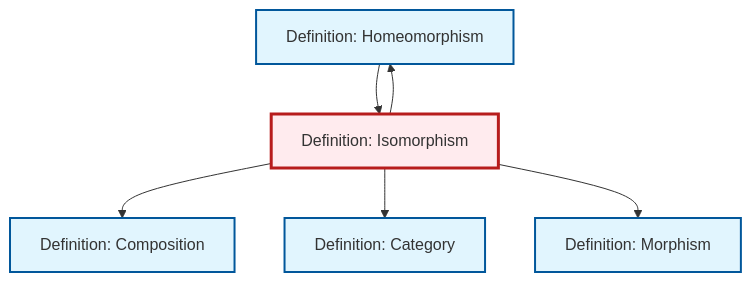
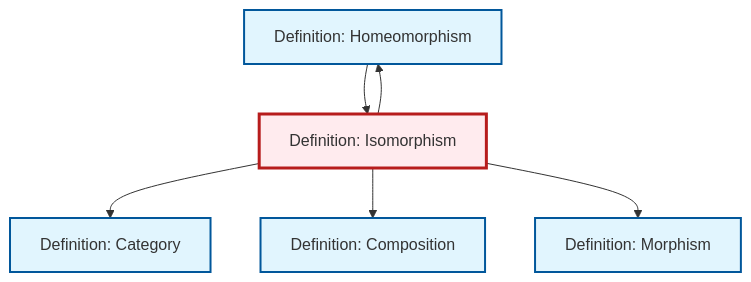
Before and after one commit to RK0429/ModernMath: the diagram in content/ja/category-theory/def-isomorphism.qmd, drawn with Mermaid. The commit also changed other lines of this file and 18 other files, not shown here.

````diff
--- a/content/ja/category-theory/def-isomorphism.qmd
+++ b/content/ja/category-theory/def-isomorphism.qmd
@@ -85,24 +85,24 @@
 ```{mermaid}
 %%| fig-cap: "Local dependency graph"
 graph TD
     classDef definition fill:#e1f5fe,stroke:#01579b,stroke-width:2px
     classDef theorem fill:#f3e5f5,stroke:#4a148c,stroke-width:2px
     classDef axiom fill:#fff3e0,stroke:#e65100,stroke-width:2px
     classDef example fill:#e8f5e9,stroke:#1b5e20,stroke-width:2px
     classDef current fill:#ffebee,stroke:#b71c1c,stroke-width:3px
+    def-homeomorphism["Definition: Homeomorphism"]:::definition
     def-category["Definition: Category"]:::definition
-    def-homeomorphism["Definition: Homeomorphism"]:::definition
+    def-composition["Definition: Composition"]:::definition
+    def-morphism["Definition: Morphism"]:::definition
     def-isomorphism["Definition: Isomorphism"]:::definition
-    def-morphism["Definition: Morphism"]:::definition
-    def-composition["Definition: Composition"]:::definition
+    def-isomorphism --> def-category
     def-isomorphism --> def-composition
     def-isomorphism --> def-homeomorphism
-    def-isomorphism --> def-category
+    def-isomorphism --> def-morphism
     def-homeomorphism --> def-isomorphism
-    def-isomorphism --> def-morphism
     class def-isomorphism current
+    click def-homeomorphism "def-homeomorphism.html" "Definition: Homeomorphismへ"
     click def-category "def-category.html" "Definition: Categoryへ"
-    click def-homeomorphism "def-homeomorphism.html" "Definition: Homeomorphismへ"
+    click def-composition "def-composition.html" "Definition: Compositionへ"
     click def-morphism "def-morphism.html" "Definition: Morphismへ"
-    click def-composition "def-composition.html" "Definition: Compositionへ"
 ```
````
